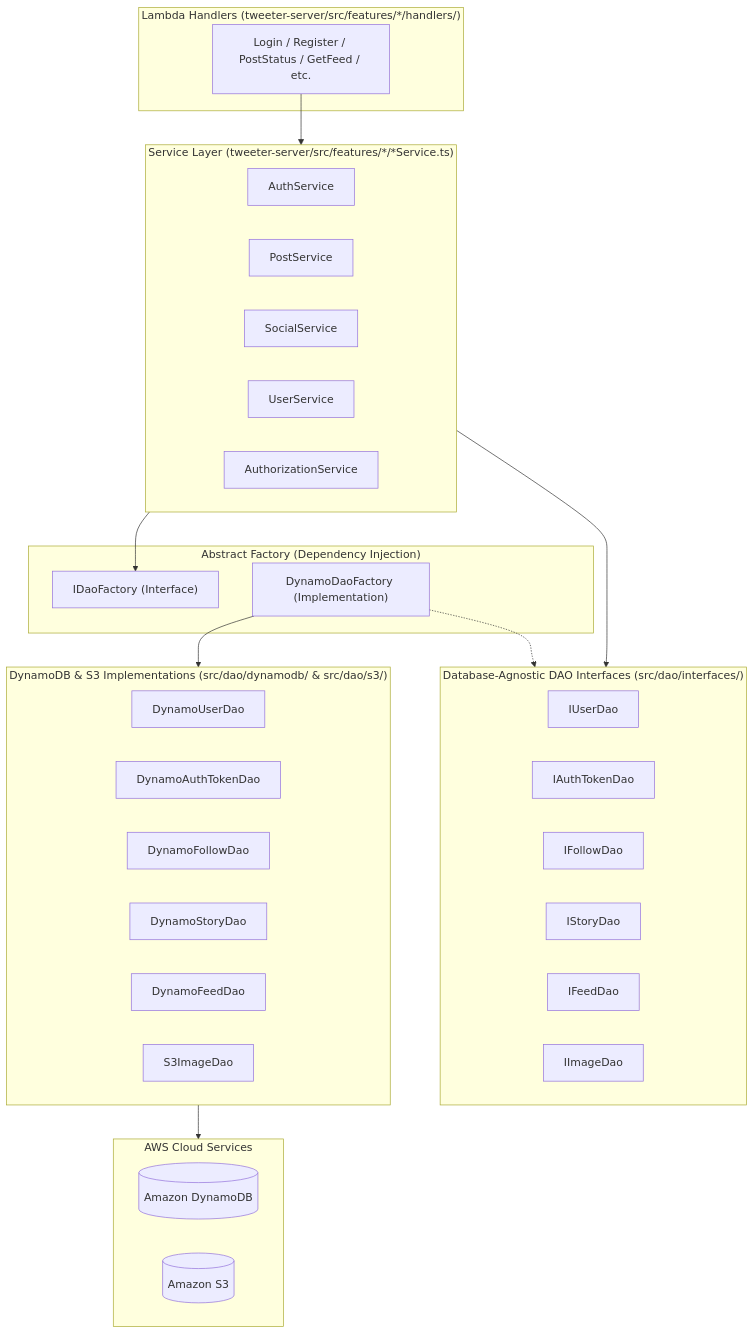
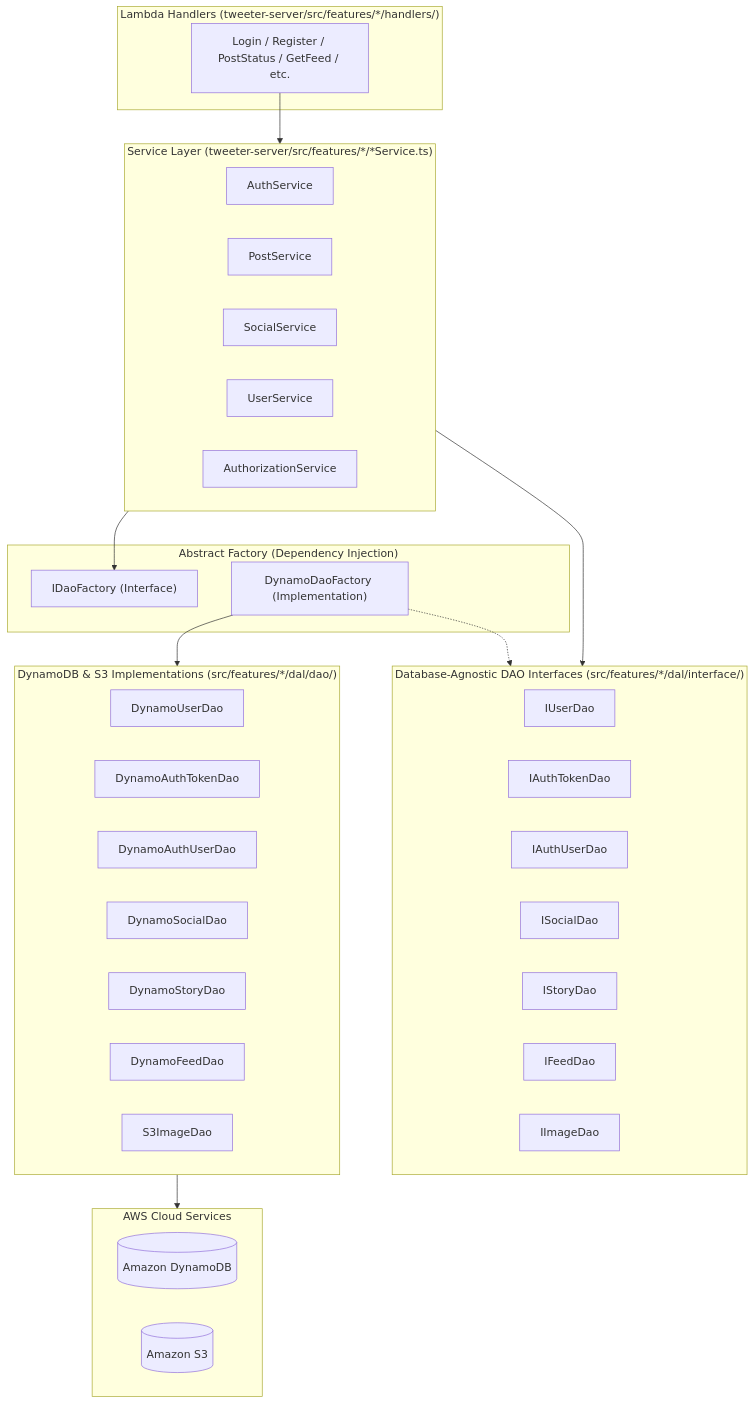
The diagram in specs/2026-11-22-milestone-4a.md (Sroberts03/Tweeter-cs340), drawn with Mermaid before and after one commit. The commit also changed other lines of this file, not shown here.

Commit message:
docs: update milestone 4a architecture spec with new feature-based DAO structure

````diff
--- a/specs/2026-11-22-milestone-4a.md
+++ b/specs/2026-11-22-milestone-4a.md
@@ -36,49 +36,51 @@
 ```mermaid
 flowchart TD
     subgraph Handlers ["Lambda Handlers (tweeter-server/src/features/*/handlers/)"]
         H[Login / Register / PostStatus / GetFeed / etc.]
     end
 
     subgraph Services ["Service Layer (tweeter-server/src/features/*/*Service.ts)"]
         Auth[AuthService]
         Post[PostService]
         Social[SocialService]
         User[UserService]
         Authorize[AuthorizationService]
     end
 
     subgraph Factory ["Abstract Factory (Dependency Injection)"]
         IDaoFactory["IDaoFactory (Interface)"]
         DynamoFactory["DynamoDaoFactory (Implementation)"]
     end
 
-    subgraph Interfaces ["Database-Agnostic DAO Interfaces (src/dao/interfaces/)"]
+    subgraph Interfaces ["Database-Agnostic DAO Interfaces (src/features/*/dal/interface/)"]
         IUserDao["IUserDao"]
         IAuthTokenDao["IAuthTokenDao"]
-        IFollowDao["IFollowDao"]
+        IAuthUserDao["IAuthUserDao"]
+        ISocialDao["ISocialDao"]
         IStoryDao["IStoryDao"]
         IFeedDao["IFeedDao"]
         IImageDao["IImageDao"]
     end
 
-    subgraph Implementations ["DynamoDB & S3 Implementations (src/dao/dynamodb/ & src/dao/s3/)"]
+    subgraph Implementations ["DynamoDB & S3 Implementations (src/features/*/dal/dao/)"]
         DynamoUserDao["DynamoUserDao"]
         DynamoAuthTokenDao["DynamoAuthTokenDao"]
-        DynamoFollowDao["DynamoFollowDao"]
+        DynamoAuthUserDao["DynamoAuthUserDao"]
+        DynamoSocialDao["DynamoSocialDao"]
         DynamoStoryDao["DynamoStoryDao"]
         DynamoFeedDao["DynamoFeedDao"]
         S3ImageDao["S3ImageDao"]
     end
 
     subgraph Cloud ["AWS Cloud Services"]
         DDB[("Amazon DynamoDB")]
         S3[("Amazon S3")]
     end
 
     H --> Services
     Services --> IDaoFactory
     Services --> Interfaces
     DynamoFactory -.-> Interfaces
     DynamoFactory --> Implementations
     Implementations --> Cloud
 ```
````
